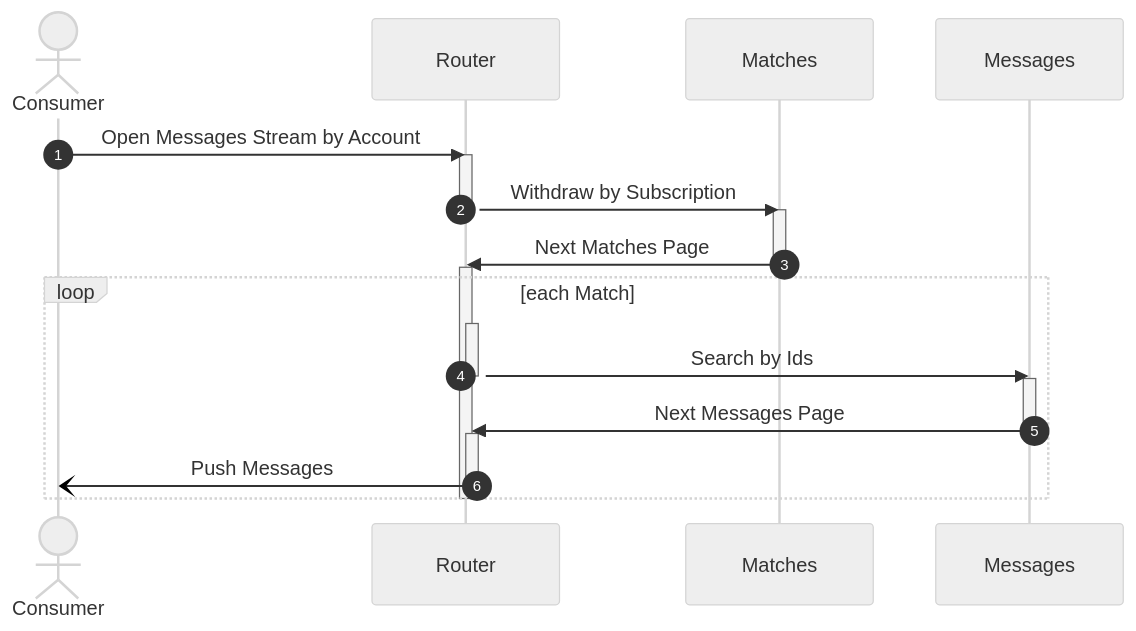
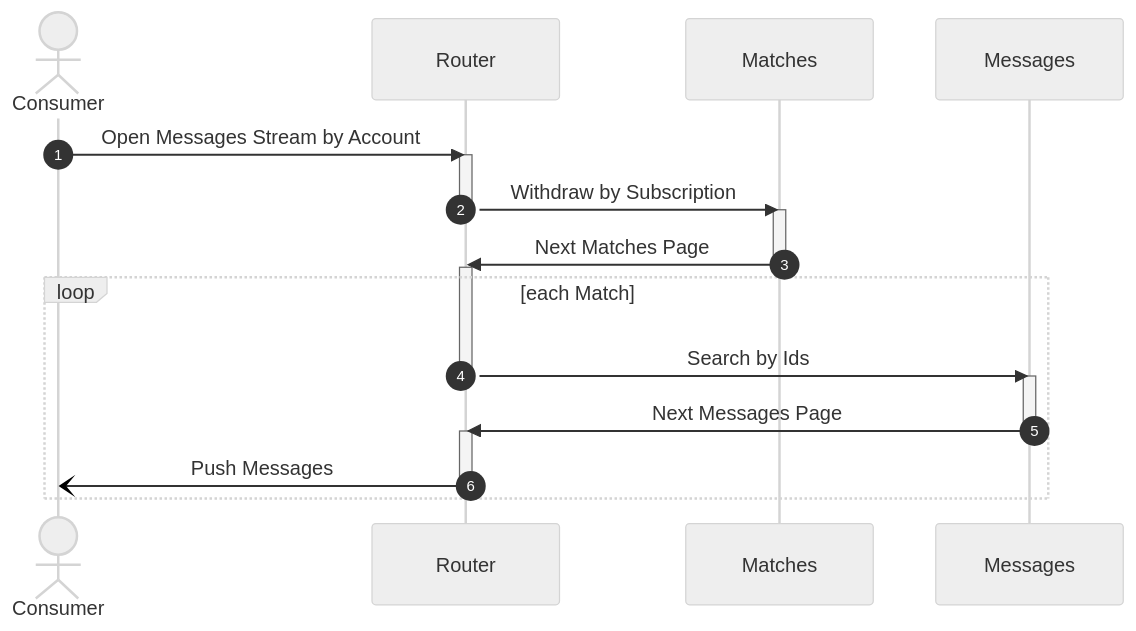
One commit to awakari/.github changed the second of 3 diagrams in profile/README.md. Above: the diagram before and after it, drawn with Mermaid.

Commit message:
readme update

````diff
--- a/profile/README.md
+++ b/profile/README.md
@@ -180,39 +180,37 @@
 ```mermaid
 %%{init: {'theme': 'neutral' } }%%
 sequenceDiagram
 
     autonumber
 
     actor Consumer
     participant Router
     participant Matches
     participant Messages
 
     Consumer->>Router: Open Messages Stream by Account
     
     activate Router
     Router->>Matches: Withdraw by Subscription
     deactivate Router
     
     activate Matches
     Matches->>Router: Next Matches Page
     deactivate Matches
 
     activate Router    
     loop each Match      
-    
-        activate Router      
+        
         Router->>Messages: Search by Ids
         deactivate Router
     
         activate Messages
         Messages->>Router: Next Messages Page
         deactivate Messages
         
         activate Router
         Router-)Consumer: Push Messages
         deactivate Router
         
     end
-    deactivate Router
 ```
````
